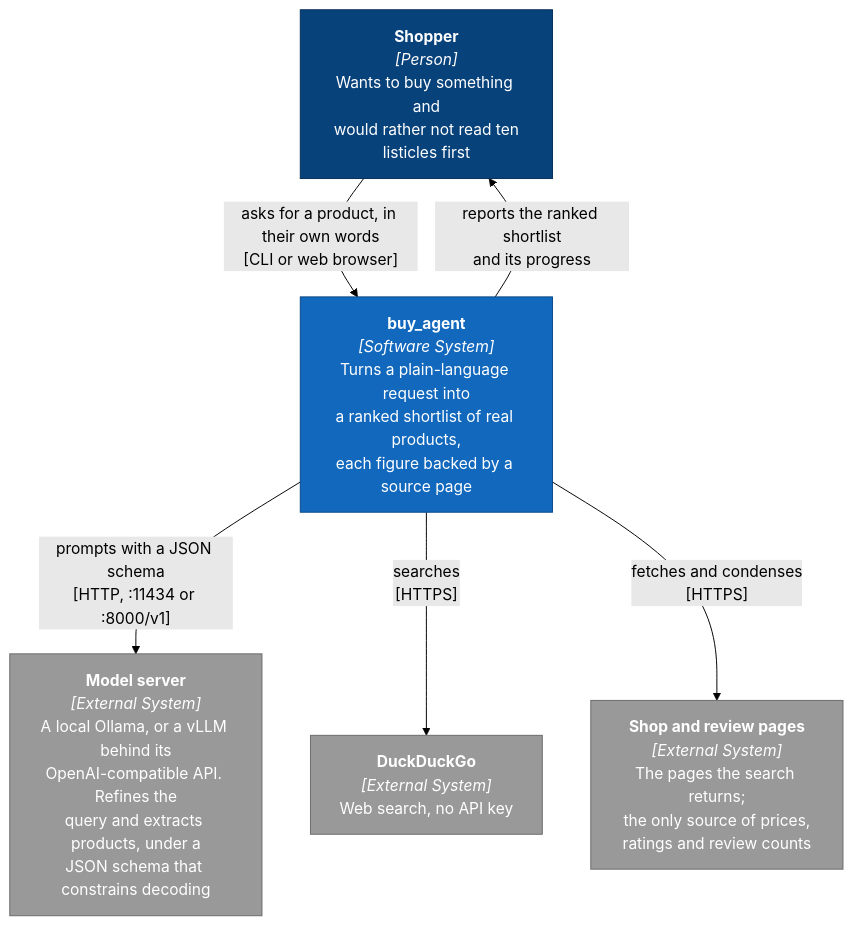
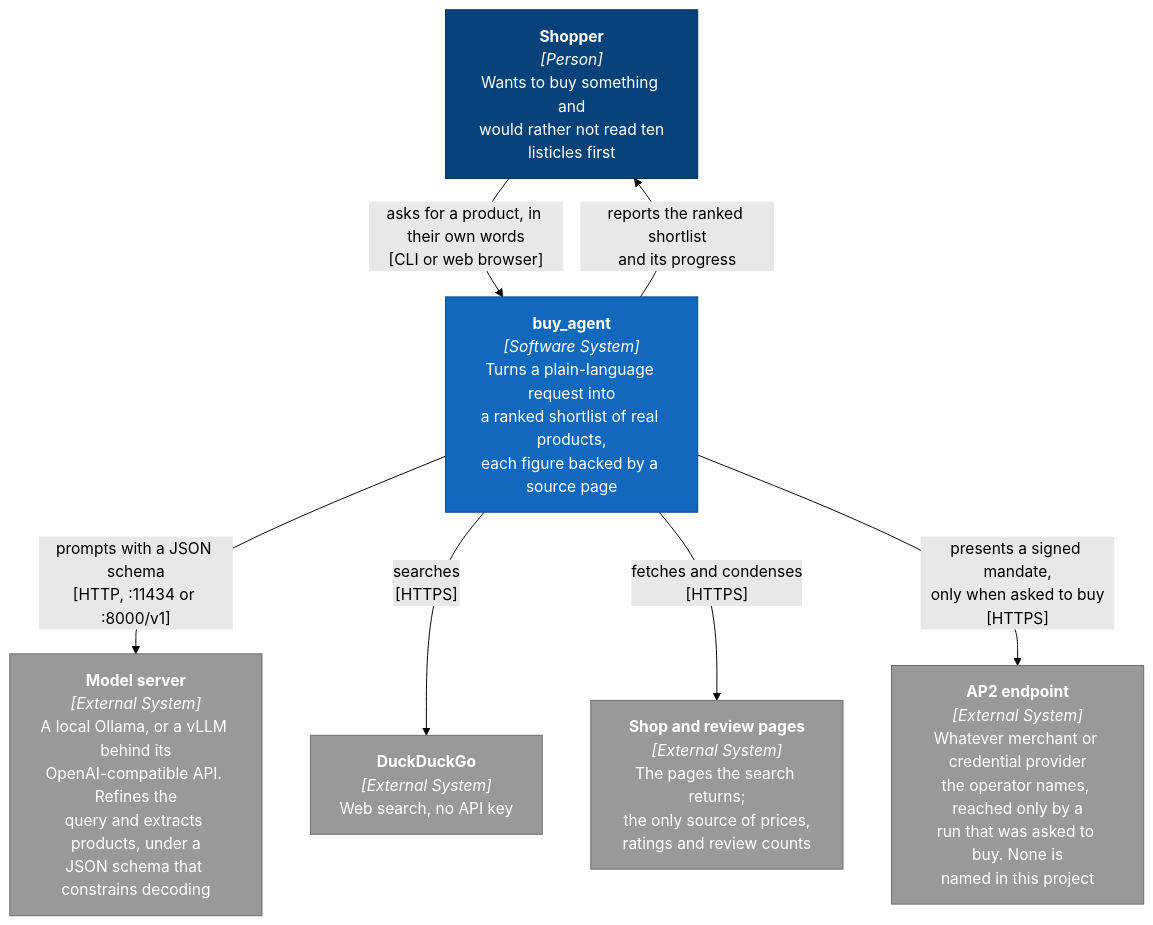
The first of 5 diagrams in docs/architecture.md (adamw7/buy_agent), drawn with Mermaid (forest theme) before and after one commit. The commit also changed other lines of this file, not shown here.

First line of the commit message:
Draw what the last nine changes moved in the C4 diagrams (#211)

````diff
--- a/docs/architecture.md
+++ b/docs/architecture.md
@@ -17,23 +17,25 @@
 ```mermaid
 graph TB
     shopper["<b>Shopper</b><br/><i>[Person]</i><br/>Wants to buy something and<br/>would rather not read ten<br/>listicles first"]
 
     system["<b>buy_agent</b><br/><i>[Software System]</i><br/>Turns a plain-language request into<br/>a ranked shortlist of real products,<br/>each figure backed by a source page"]
 
     ollama["<b>Model server</b><br/><i>[External System]</i><br/>A local Ollama, or a vLLM behind its<br/>OpenAI-compatible API. Refines the<br/>query and extracts products, under a<br/>JSON schema that constrains decoding"]
     ddg["<b>DuckDuckGo</b><br/><i>[External System]</i><br/>Web search, no API key"]
     shops["<b>Shop and review pages</b><br/><i>[External System]</i><br/>The pages the search returns;<br/>the only source of prices,<br/>ratings and review counts"]
+    counterparty["<b>AP2 endpoint</b><br/><i>[External System]</i><br/>Whatever merchant or credential provider<br/>the operator names, reached only by a<br/>run that was asked to buy. None is<br/>named in this project"]
 
     shopper -->|"asks for a product, in their own words<br/>[CLI or web browser]"| system
     system -->|"reports the ranked shortlist<br/>and its progress"| shopper
     system -->|"prompts with a JSON schema<br/>[HTTP, :11434 or :8000/v1]"| ollama
     system -->|"searches<br/>[HTTPS]"| ddg
     system -->|"fetches and condenses<br/>[HTTPS]"| shops
+    system -->|"presents a signed mandate,<br/>only when asked to buy<br/>[HTTPS]"| counterparty
 
     classDef person fill:#08427b,stroke:#052e56,color:#fff
     classDef internal fill:#1168bd,stroke:#0b4884,color:#fff
     classDef external fill:#999,stroke:#6b6b6b,color:#fff
     class shopper person
     class system internal
-    class ollama,ddg,shops external
+    class ollama,ddg,shops,counterparty external
 ```
````
